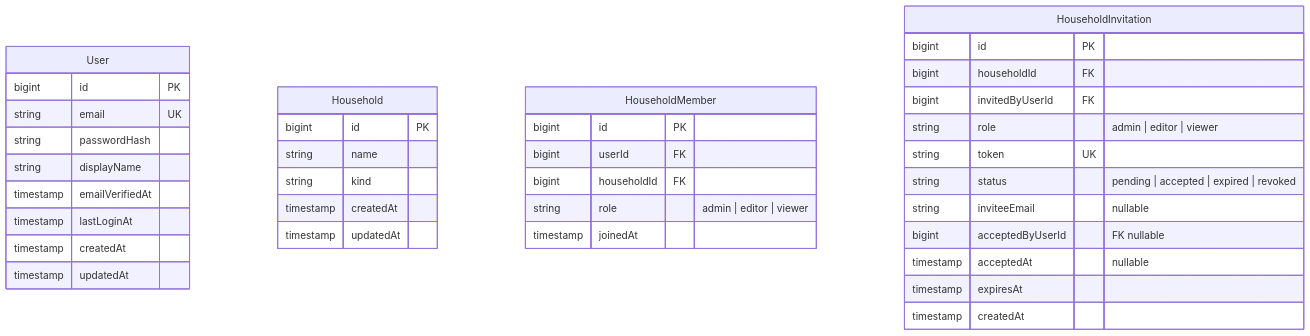
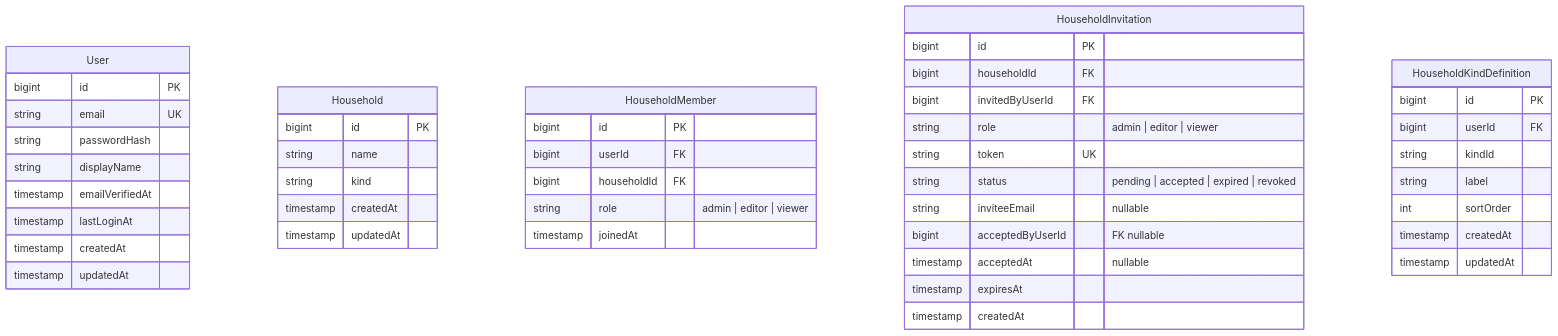
Before and after one commit to wukdddang/home-inventory-manager: the second of 7 diagrams in docs/design/v2/entity-logical-design.md, drawn with Mermaid. The commit also changed other lines of this file and 5 other files, not shown here.

First line of the commit message:
feat: HouseholdKindDefinition 테이블 추가 및 문서 업데이트

````diff
--- a/docs/design/v2/entity-logical-design.md
+++ b/docs/design/v2/entity-logical-design.md
@@ -90,40 +95,49 @@
 ```mermaid
 erDiagram
     User {
         bigint id PK
         string email UK
         string passwordHash
         string displayName
         timestamp emailVerifiedAt
         timestamp lastLoginAt
         timestamp createdAt
         timestamp updatedAt
     }
     Household {
         bigint id PK
         string name
         string kind
         timestamp createdAt
         timestamp updatedAt
     }
     HouseholdMember {
         bigint id PK
         bigint userId FK
         bigint householdId FK
         string role "admin | editor | viewer"
         timestamp joinedAt
     }
     HouseholdInvitation {
         bigint id PK
         bigint householdId FK
         bigint invitedByUserId FK
         string role "admin | editor | viewer"
         string token UK
         string status "pending | accepted | expired | revoked"
         string inviteeEmail "nullable"
         bigint acceptedByUserId "FK nullable"
         timestamp acceptedAt "nullable"
         timestamp expiresAt
         timestamp createdAt
     }
+    HouseholdKindDefinition {
+        bigint id PK
+        bigint userId FK
+        string kindId
+        string label
+        int sortOrder
+        timestamp createdAt
+        timestamp updatedAt
+    }
 ```
````
